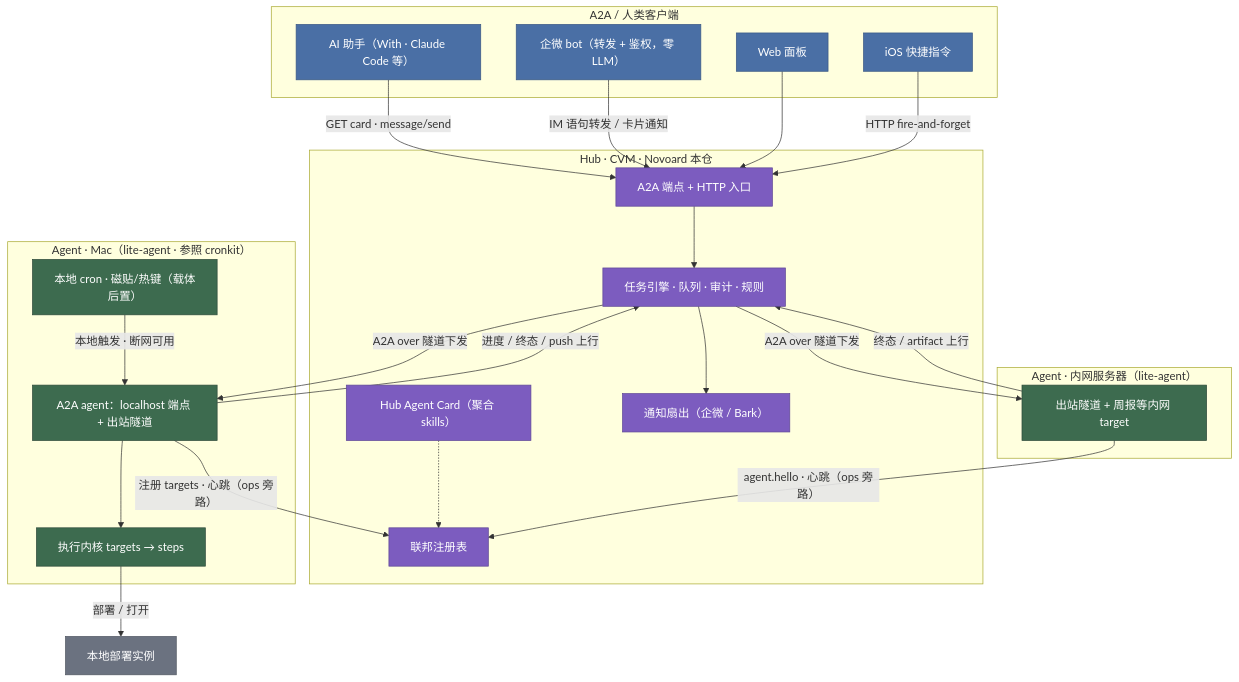
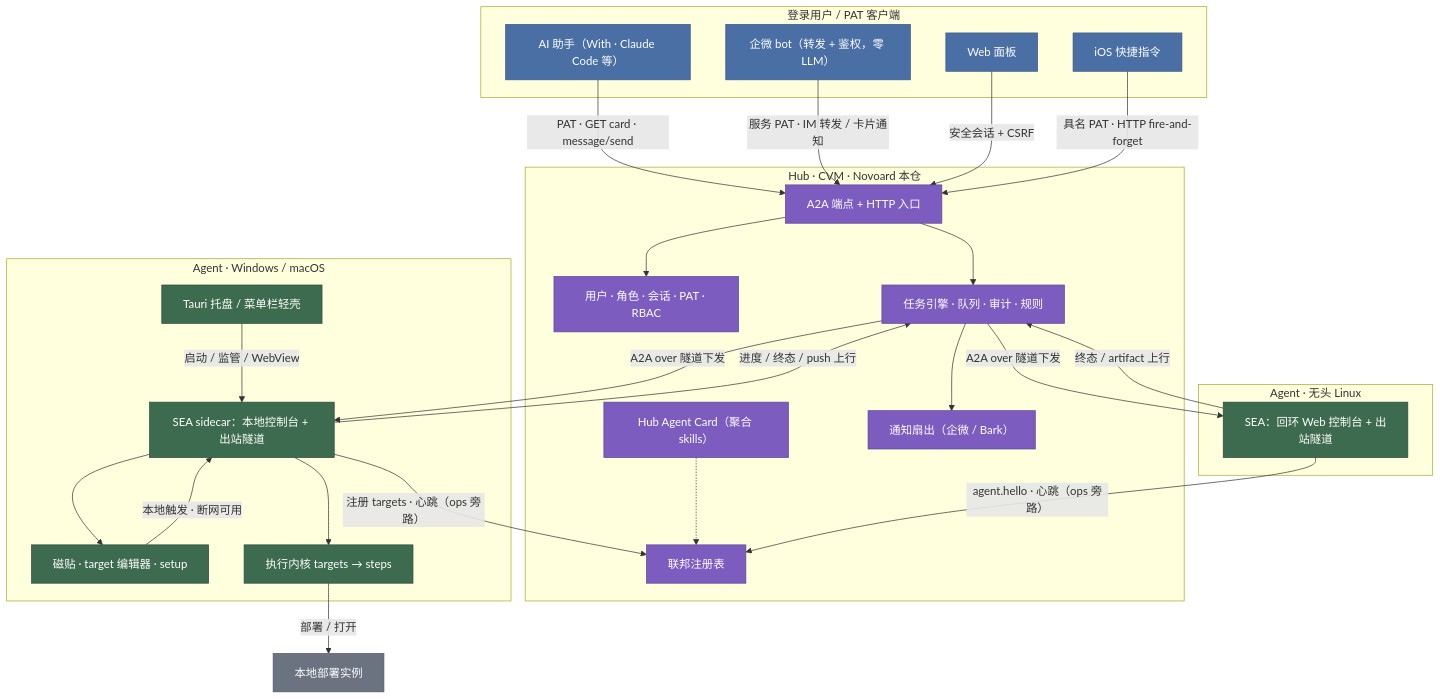
One commit to shichao402/Novoard changed the diagram in docs/architecture/overview.md. Above: the diagram before and after it, drawn with Mermaid. The commit also changed other lines of this file and 83 other files, not shown here.

Commit message:
feat: add identity RBAC PAT and management console (#1)

````diff
--- a/docs/architecture/overview.md
+++ b/docs/architecture/overview.md
@@ -12,57 +12,62 @@
 ```mermaid
 flowchart TB
     classDef a2a fill:#2e8b8b,color:#fff,stroke:#1f6666
     classDef hub fill:#7c5cbf,color:#fff,stroke:#5f4796
     classDef cli fill:#4a6fa5,color:#fff,stroke:#3a5884
     classDef ck fill:#3d6b4f,color:#fff,stroke:#2d4a3a
     classDef gray fill:#6b7280,color:#fff,stroke:#525862
 
-    subgraph AIC["A2A / 人类客户端"]
+    subgraph AIC["登录用户 / PAT 客户端"]
         WITH["AI 助手（With · Claude Code 等）"]
         WEB["Web 面板"]
         IOS["iOS 快捷指令"]
         BOT["企微 bot（转发 + 鉴权，零 LLM）"]
     end
 
     subgraph HUB["Hub · CVM · Novoard 本仓"]
         CARD["Hub Agent Card（聚合 skills）"]
         EP["A2A 端点 + HTTP 入口"]
+        ID["用户 · 角色 · 会话 · PAT · RBAC"]
         REG["联邦注册表"]
         TSK["任务引擎 · 队列 · 审计 · 规则"]
         NOTIFY["通知扇出（企微 / Bark）"]
     end
 
-    subgraph MAC["Agent · Mac（lite-agent · 参照 cronkit）"]
-        AGENT["A2A agent：localhost 端点 + 出站隧道"]
-        TILE["本地 cron · 磁贴/热键（载体后置）"]
+    subgraph DESKTOP["Agent · Windows / macOS"]
+        HOST["Tauri 托盘 / 菜单栏轻壳"]
+        AGENT["SEA sidecar：本地控制台 + 出站隧道"]
+        TILE["磁贴 · target 编辑器 · setup"]
         CORE["执行内核 targets → steps"]
     end
 
-    subgraph INTRA["Agent · 内网服务器（lite-agent）"]
-        IAGENT["出站隧道 + 周报等内网 target"]
+    subgraph LINUX["Agent · 无头 Linux"]
+        IAGENT["SEA：回环 Web 控制台 + 出站隧道"]
     end
 
     APPS["本地部署实例"]
 
-    WITH -->|"GET card · message/send"| EP
-    BOT -->|"IM 语句转发 / 卡片通知"| EP
-    WEB --> EP
-    IOS -->|"HTTP fire-and-forget"| EP
+    WITH -->|"PAT · GET card · message/send"| EP
+    BOT -->|"服务 PAT · IM 转发 / 卡片通知"| EP
+    WEB -->|"安全会话 + CSRF"| EP
+    IOS -->|"具名 PAT · HTTP fire-and-forget"| EP
+    EP --> ID
     EP --> TSK
     CARD -.-> REG
     AGENT -->|"注册 targets · 心跳（ops 旁路）"| REG
     IAGENT -->|"agent.hello · 心跳（ops 旁路）"| REG
     TSK -->|"A2A over 隧道下发"| AGENT
     TSK -->|"A2A over 隧道下发"| IAGENT
     AGENT -->|"进度 / 终态 / push 上行"| TSK
     IAGENT -->|"终态 / artifact 上行"| TSK
     TILE -->|"本地触发 · 断网可用"| AGENT
+    HOST -->|"启动 / 监管 / WebView"| AGENT
+    AGENT --> TILE
     AGENT --> CORE
     CORE -->|"部署 / 打开"| APPS
     TSK --> NOTIFY
 
-    class CARD,EP,REG,TSK,NOTIFY hub
+    class CARD,EP,ID,REG,TSK,NOTIFY hub
     class WITH,WEB,IOS,BOT cli
-    class AGENT,TILE,CORE,IAGENT ck
+    class HOST,AGENT,TILE,CORE,IAGENT ck
     class APPS gray
 ```
````
